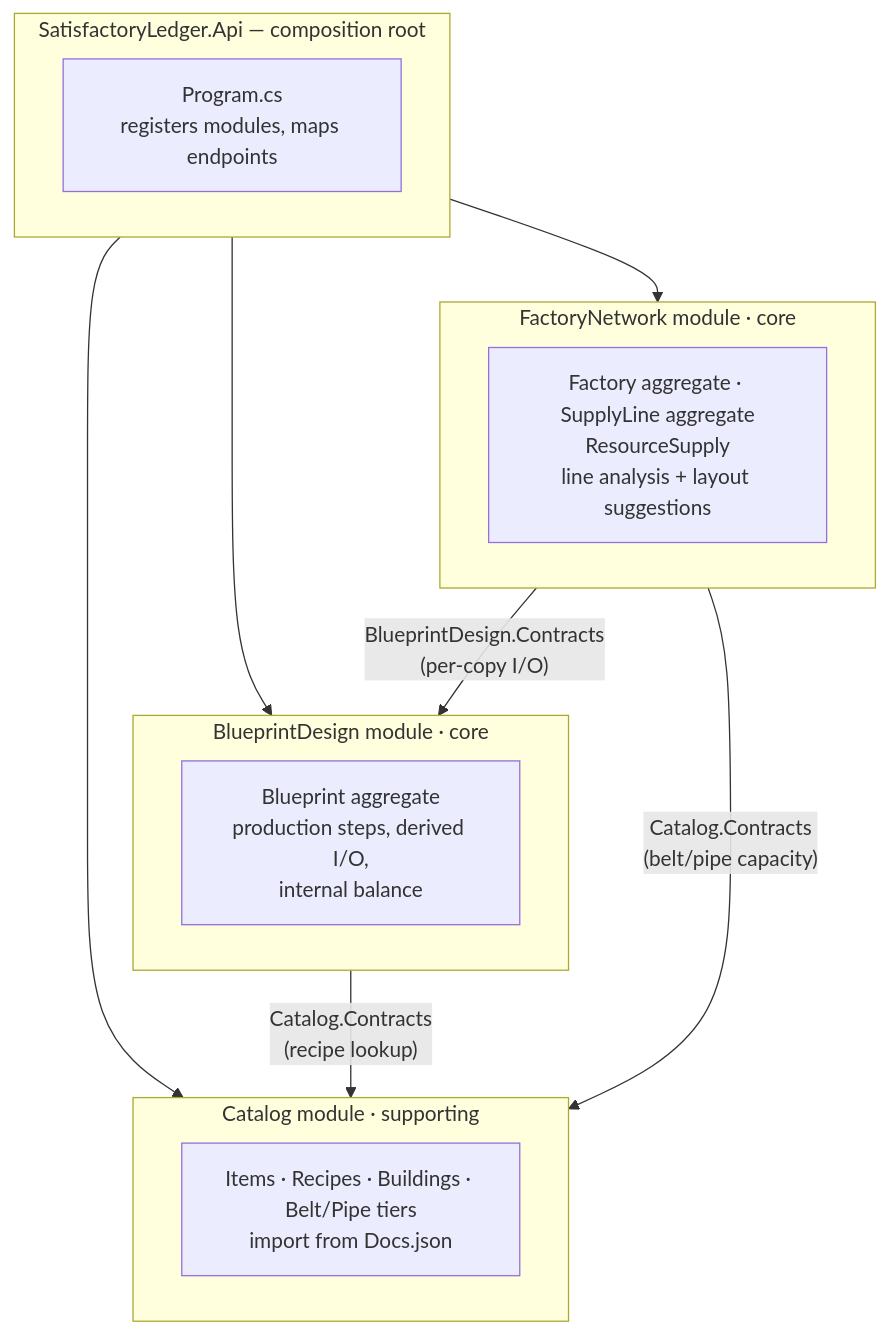
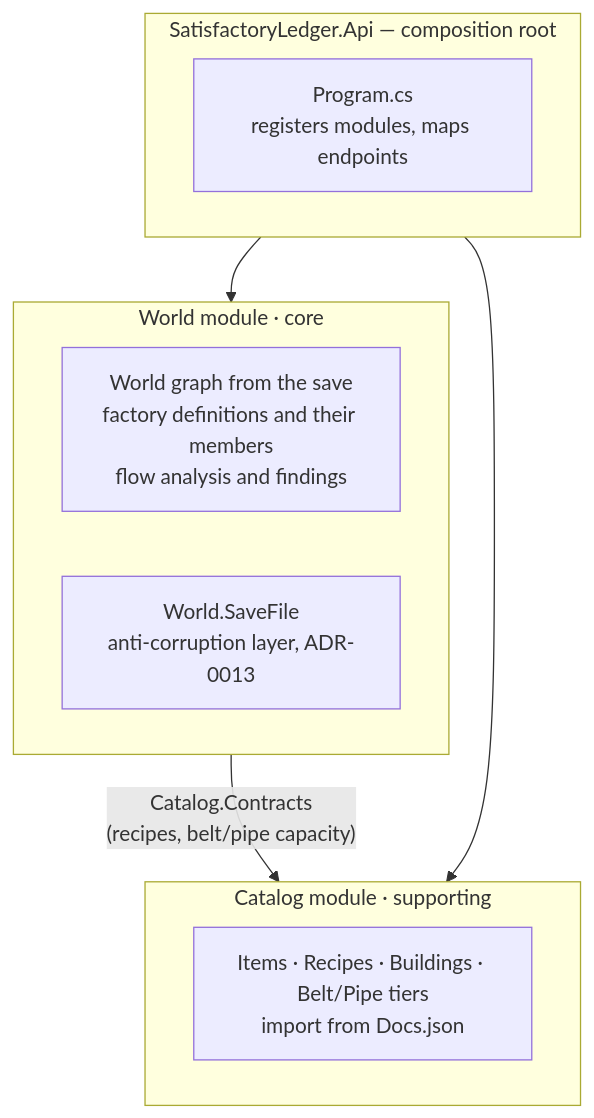
Before and after one commit to tmaartent/SatisfactoryLedger: the third of 3 diagrams in docs/architecture/overview.md, drawn with Mermaid. The commit also changed other lines of this file and 52 other files, not shown here.

First line of the commit message:
feat(world): world graph and factory members traced from the output belt

````diff
--- a/docs/architecture/overview.md
+++ b/docs/architecture/overview.md
@@ -52,27 +52,21 @@
 ```mermaid
 flowchart TB
     subgraph Api[SatisfactoryLedger.Api — composition root]
         direction LR
         host[Program.cs<br/>registers modules, maps endpoints]
     end
 
     subgraph Catalog[Catalog module · supporting]
         cat[Items · Recipes · Buildings · Belt/Pipe tiers<br/>import from Docs.json]
     end
 
-    subgraph Blueprint[BlueprintDesign module · core]
-        bp[Blueprint aggregate<br/>production steps, derived I/O,<br/>internal balance]
-    end
-
-    subgraph Network[FactoryNetwork module · core]
-        fn[Factory aggregate · SupplyLine aggregate<br/>ResourceSupply<br/>line analysis + layout suggestions]
+    subgraph World[World module · core]
+        wd[World graph from the save<br/>factory definitions and their members<br/>flow analysis and findings]
+        ws[World.SaveFile<br/>anti-corruption layer, ADR-0013]
     end
 
     host --> Catalog
-    host --> Blueprint
-    host --> Network
+    host --> World
 
-    Blueprint -- "Catalog.Contracts<br/>(recipe lookup)" --> Catalog
-    Network -- "BlueprintDesign.Contracts<br/>(per-copy I/O)" --> Blueprint
-    Network -- "Catalog.Contracts<br/>(belt/pipe capacity)" --> Catalog
+    World -- "Catalog.Contracts<br/>(recipes, belt/pipe capacity)" --> Catalog
 ```
````
